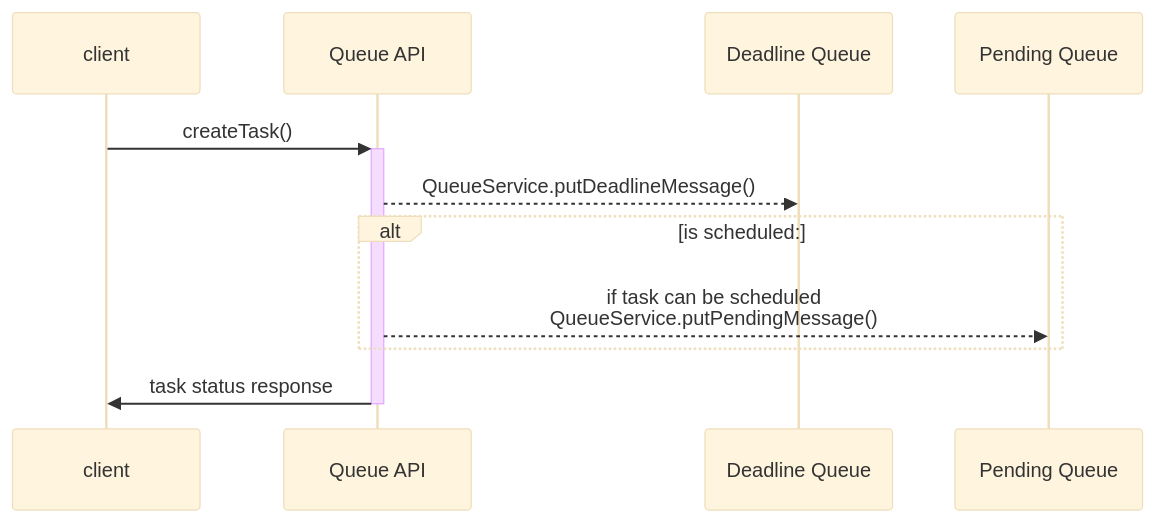
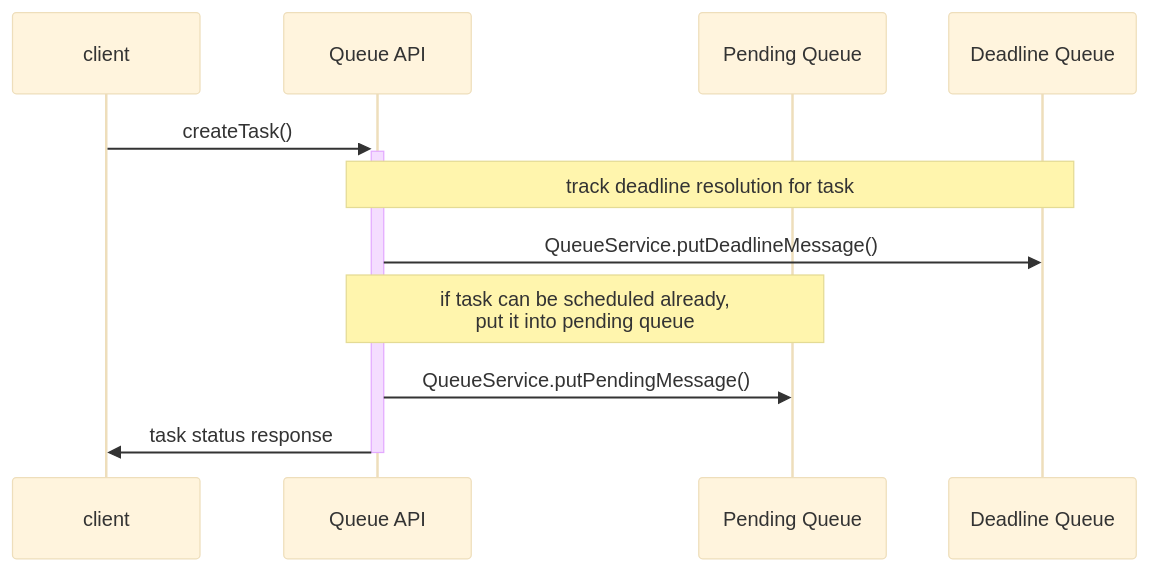
One commit to taskcluster/taskcluster changed the first of 3 diagrams in services/queue/README.md. Above: the diagram before and after it, drawn with Mermaid (base theme). The commit also changed other lines of this file and 8 other files, not shown here.

````diff
--- a/services/queue/README.md
+++ b/services/queue/README.md
@@ -40,16 +40,15 @@
 ```mermaid
 sequenceDiagram
   participant client
   participant queue as Queue API
+  participant pendingQueue as Pending Queue
   participant deadlineQueue as Deadline Queue
-  participant pendingQueue as Pending Queue
 
   client->>+queue: createTask()
-  queue-->>deadlineQueue: QueueService.putDeadlineMessage()
-
-  alt is scheduled:
-    queue-->>pendingQueue: if task can be scheduled<br> QueueService.putPendingMessage()
-  end
+  note over queue,deadlineQueue: track deadline resolution for task
+  queue->>deadlineQueue: QueueService.putDeadlineMessage()
+  note over queue,pendingQueue: if task can be scheduled already,<br> put it into pending queue
+  queue->>pendingQueue: QueueService.putPendingMessage()
 
   queue->>-client: task status response
 ```
````
